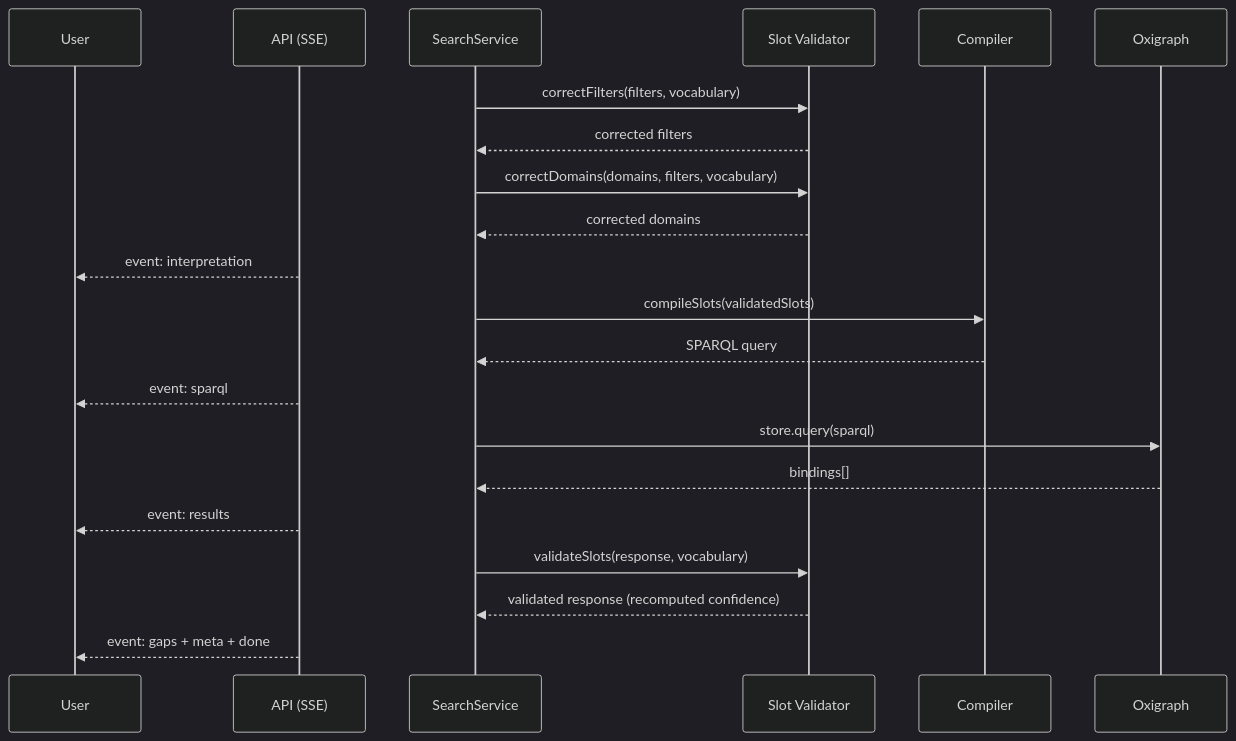
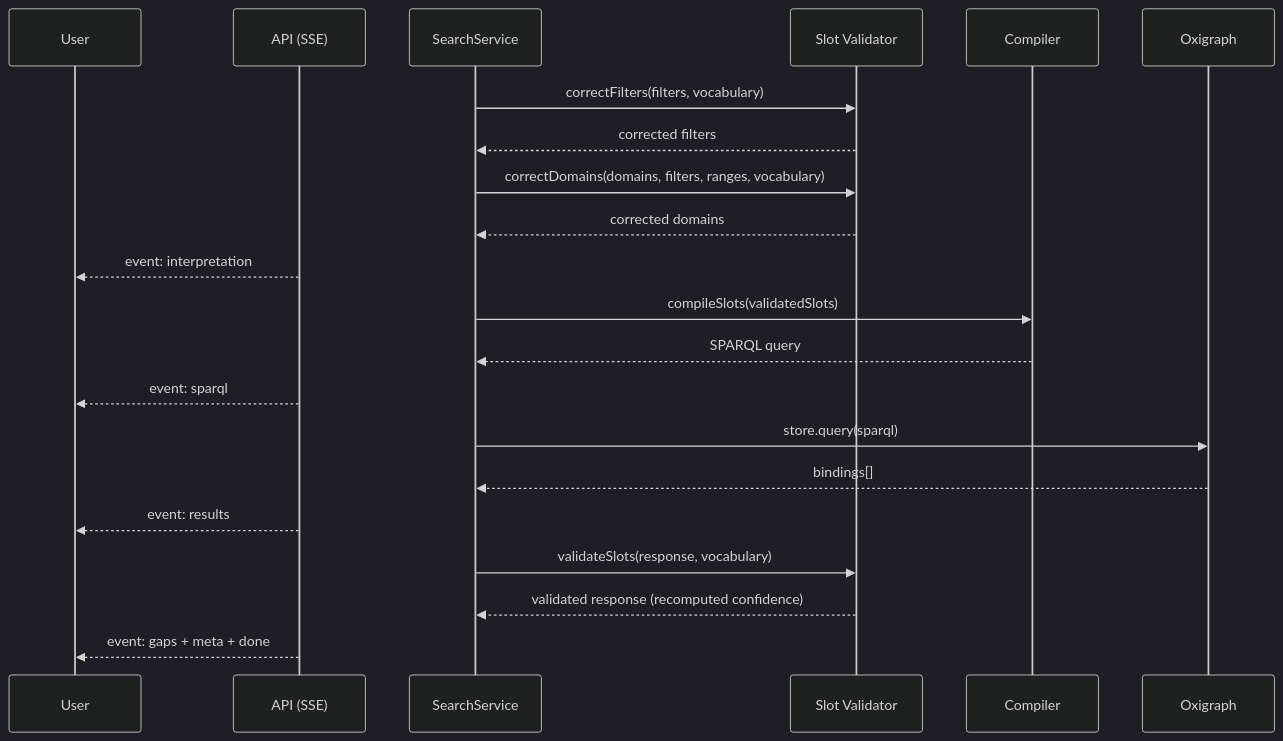
The fifth of 5 diagrams in apps/docs/architecture.md (ASCS-eV/ontology-based-nl-search), drawn with Mermaid (dark theme) before and after one commit. The commit also changed other lines of this file and 9 other files, not shown here.

First line of the commit message:
docs: update documentation for graph-driven multi-domain architecture

````diff
--- a/apps/docs/architecture.md
+++ b/apps/docs/architecture.md
@@ -155,27 +157,27 @@
 ```mermaid
 sequenceDiagram
     participant U as User
     participant R as API (SSE)
     participant S as SearchService
     participant V as Slot Validator
     participant C as Compiler
     participant DB as Oxigraph
 
     S->>V: correctFilters(filters, vocabulary)
     V-->>S: corrected filters
-    S->>V: correctDomains(domains, filters, vocabulary)
+    S->>V: correctDomains(domains, filters, ranges, vocabulary)
     V-->>S: corrected domains
     R-->>U: event: interpretation
 
     S->>C: compileSlots(validatedSlots)
     C-->>S: SPARQL query
     R-->>U: event: sparql
 
     S->>DB: store.query(sparql)
     DB-->>S: bindings[]
     R-->>U: event: results
 
     S->>V: validateSlots(response, vocabulary)
     V-->>S: validated response (recomputed confidence)
     R-->>U: event: gaps + meta + done
 ```
````
